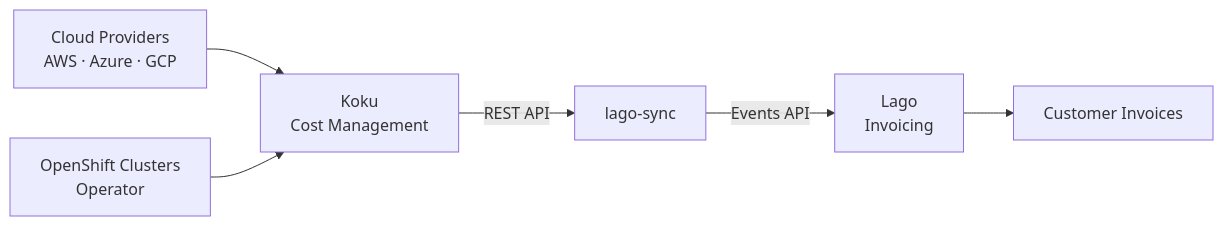
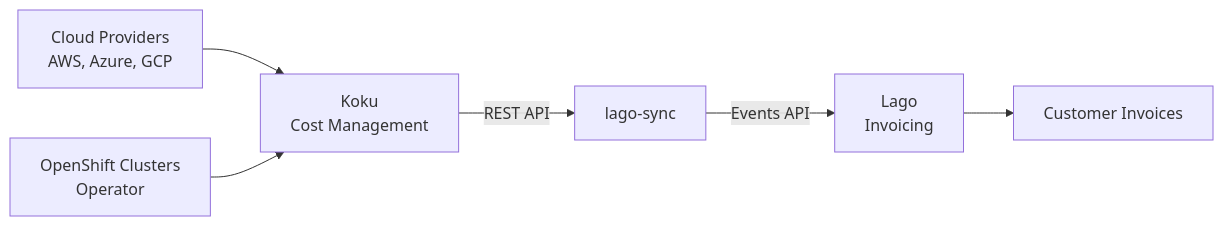
Before and after one commit to project-koku/project-koku.github.io: the first of 3 diagrams in content/docs/integrations/lago.md, drawn with Mermaid. The commit also changed other lines of this file, not shown here.

First line of the commit message:
Update Lago docs: sample invoice, billing lifecycle diagram, fixes

````diff
--- a/content/docs/integrations/lago.md
+++ b/content/docs/integrations/lago.md
@@ -23,8 +23,8 @@
 ```mermaid
 graph LR
-    A[Cloud Providers<br/>AWS · Azure · GCP] --> B[Koku<br/>Cost Management]
-    C[OpenShift Clusters<br/>Operator] --> B
+    A["Cloud Providers<br/>AWS, Azure, GCP"] --> B["Koku<br/>Cost Management"]
+    C["OpenShift Clusters<br/>Operator"] --> B
     B -->|REST API| D[lago-sync]
-    D -->|Events API| E[Lago<br/>Invoicing]
+    D -->|Events API| E["Lago<br/>Invoicing"]
     E --> F[Customer Invoices]
 ```
````
